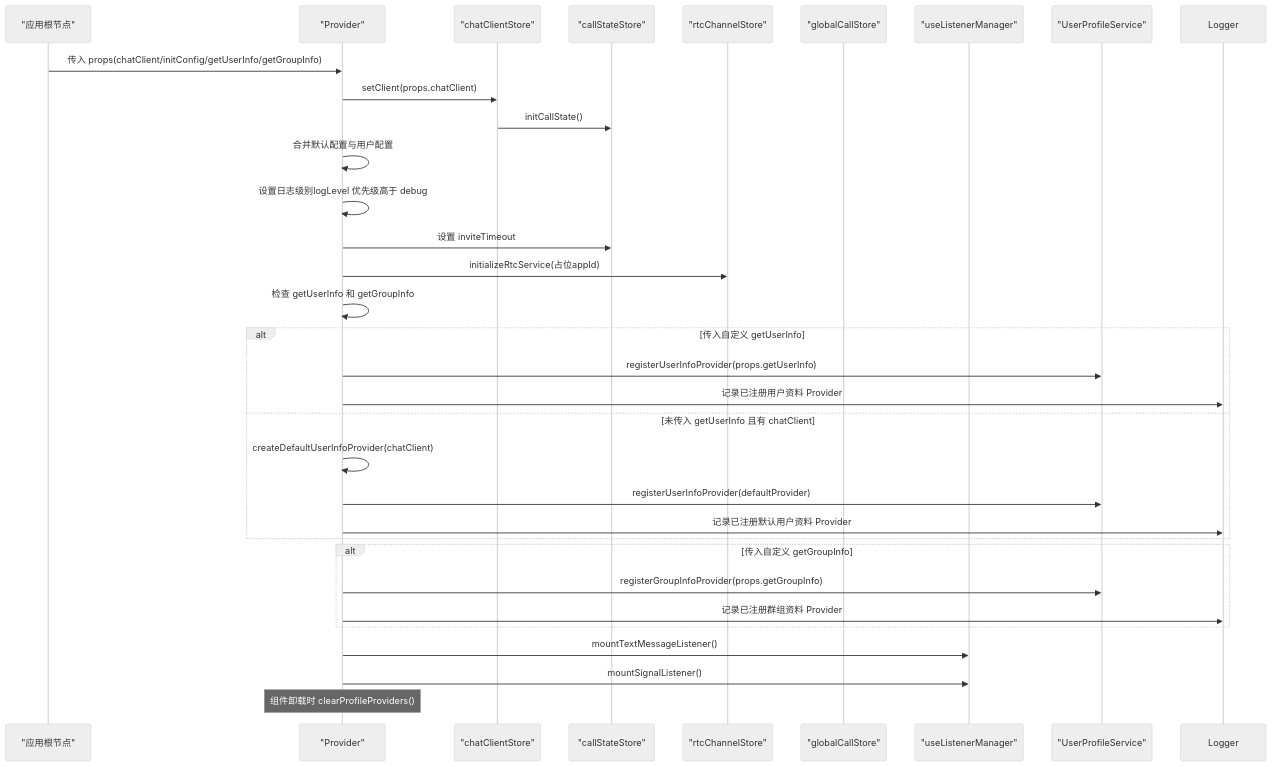
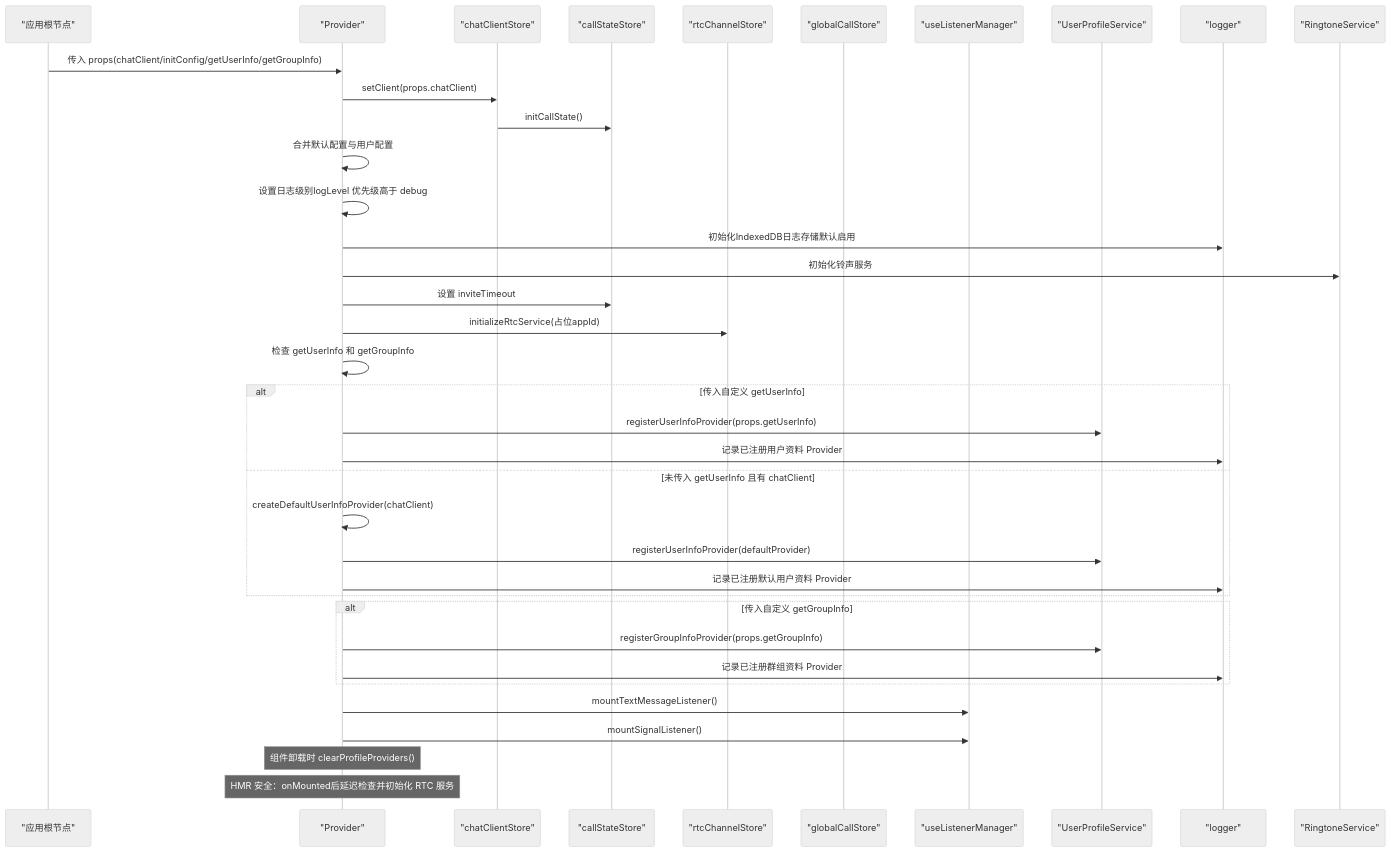
The fourth of 5 diagrams in .qoder/repowiki/zh/content/核心组件/Provider 组件.md (Easemob-Community/easemob-uikit-callkit-vue3), drawn with Mermaid (neutral theme) before and after one commit. The commit also changed other lines of this file and 58 other files, not shown here.

````diff
--- a/.qoder/repowiki/zh/content/核心组件/Provider 组件.md
+++ b/.qoder/repowiki/zh/content/核心组件/Provider 组件.md
@@ -244,34 +283,39 @@
 ```mermaid
 sequenceDiagram
 participant Root as "应用根节点"
 participant Provider as "Provider"
 participant ChatStore as "chatClientStore"
 participant CallState as "callStateStore"
 participant RtcStore as "rtcChannelStore"
 participant GlobalStore as "globalCallStore"
 participant Listener as "useListenerManager"
 participant UserSvc as "UserProfileService"
+participant Logger as "logger"
+participant Ringtone as "RingtoneService"
 Root->>Provider : 传入 props(chatClient/initConfig/getUserInfo/getGroupInfo)
 Provider->>ChatStore : setClient(props.chatClient)
 ChatStore->>CallState : initCallState()
 Provider->>Provider : 合并默认配置与用户配置
 Provider->>Provider : 设置日志级别logLevel 优先级高于 debug
+Provider->>Logger : 初始化IndexedDB日志存储默认启用
+Provider->>Ringtone : 初始化铃声服务
 Provider->>CallState : 设置 inviteTimeout
 Provider->>RtcStore : initializeRtcService(占位appId)
 Provider->>Provider : 检查 getUserInfo 和 getGroupInfo
 alt 传入自定义 getUserInfo
 Provider->>UserSvc : registerUserInfoProvider(props.getUserInfo)
 Provider->>Logger : 记录已注册用户资料 Provider
 else 未传入 getUserInfo 且有 chatClient
 Provider->>Provider : createDefaultUserInfoProvider(chatClient)
 Provider->>UserSvc : registerUserInfoProvider(defaultProvider)
 Provider->>Logger : 记录已注册默认用户资料 Provider
 end
 alt 传入自定义 getGroupInfo
 Provider->>UserSvc : registerGroupInfoProvider(props.getGroupInfo)
 Provider->>Logger : 记录已注册群组资料 Provider
 end
 Provider->>Listener : mountTextMessageListener()
 Provider->>Listener : mountSignalListener()
 Note over Provider : 组件卸载时 clearProfileProviders()
+Note over Provider : HMR 安全：onMounted后延迟检查并初始化 RTC 服务
 ```
````
